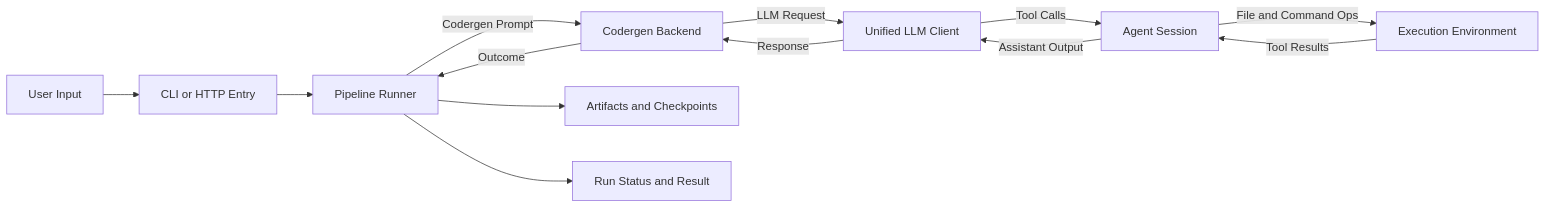
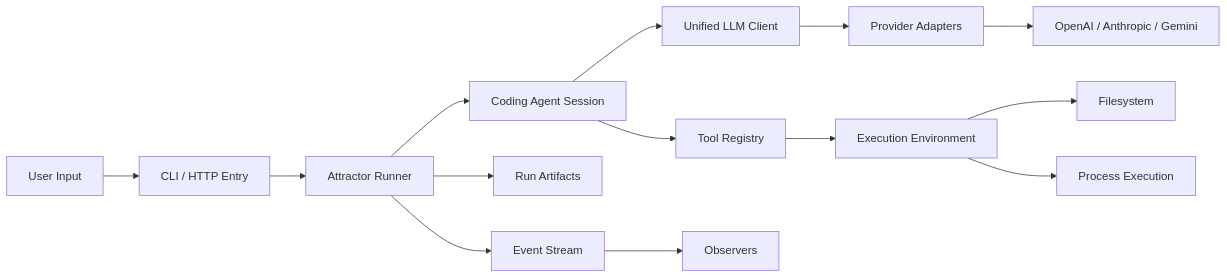
The fourth of 5 diagrams in docs/sprints/SPRINT-001-comprehensive-implementation-plan.md (jaytaylor/attractor-php), drawn with Mermaid before and after one commit. The commit also changed other lines of this file, not shown here.

````diff
--- a/docs/sprints/SPRINT-001-comprehensive-implementation-plan.md
+++ b/docs/sprints/SPRINT-001-comprehensive-implementation-plan.md
@@ -599,15 +718,18 @@
 ```mermaid
 flowchart LR
-  U[User Input] --> CLI[CLI or HTTP Entry]
-  CLI --> RUNNER[Pipeline Runner]
-  RUNNER -->|Codergen Prompt| BACKEND[Codergen Backend]
-  BACKEND -->|LLM Request| LLM[Unified LLM Client]
-  LLM -->|Tool Calls| AGENT[Agent Session]
-  AGENT -->|File and Command Ops| ENV[Execution Environment]
-  ENV -->|Tool Results| AGENT
-  AGENT -->|Assistant Output| LLM
-  LLM -->|Response| BACKEND
-  BACKEND -->|Outcome| RUNNER
-  RUNNER --> ART[Artifacts and Checkpoints]
-  RUNNER --> OUT[Run Status and Result]
+    U[User Input] --> CLI[CLI / HTTP Entry]
+    CLI --> RUNNER[Attractor Runner]
+    RUNNER --> SESSION[Coding Agent Session]
+    SESSION --> LLM[Unified LLM Client]
+    LLM --> ADAPTERS[Provider Adapters]
+    ADAPTERS --> PROVIDERS[OpenAI / Anthropic / Gemini]
+
+    SESSION --> TOOLS[Tool Registry]
+    TOOLS --> ENV[Execution Environment]
+    ENV --> FS[Filesystem]
+    ENV --> PROC[Process Execution]
+
+    RUNNER --> ART[Run Artifacts]
+    RUNNER --> EV[Event Stream]
+    EV --> OBS[Observers]
 ```
````
